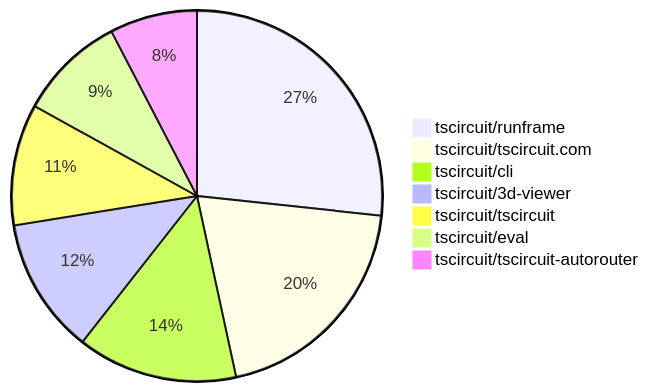
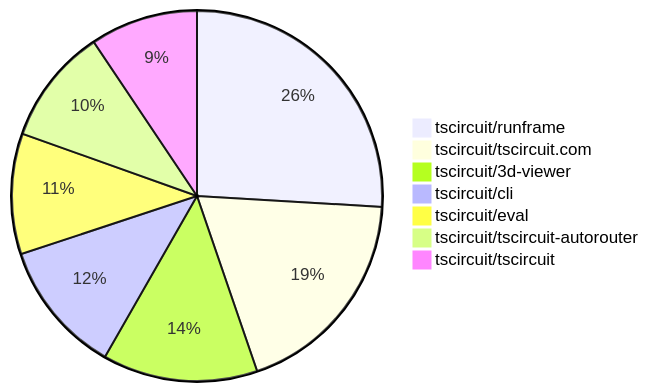
One commit to tscircuit/contribution-tracker changed the second of 2 diagrams in README.md. Above: the diagram before and after it, drawn with Mermaid. The commit also changed other lines of this file and 3 other files, not shown here.

````diff
--- a/README.md
+++ b/README.md
@@ -135,10 +139,10 @@
 ```mermaid
 pie
-    "tscircuit/runframe" : 63
-    "tscircuit/tscircuit.com" : 47
-    "tscircuit/cli" : 33
-    "tscircuit/3d-viewer" : 28
+    "tscircuit/runframe" : 69
+    "tscircuit/tscircuit.com" : 50
+    "tscircuit/3d-viewer" : 36
+    "tscircuit/cli" : 31
+    "tscircuit/eval" : 28
+    "tscircuit/tscircuit-autorouter" : 27
     "tscircuit/tscircuit" : 25
-    "tscircuit/eval" : 22
-    "tscircuit/tscircuit-autorouter" : 18
 ```
````
